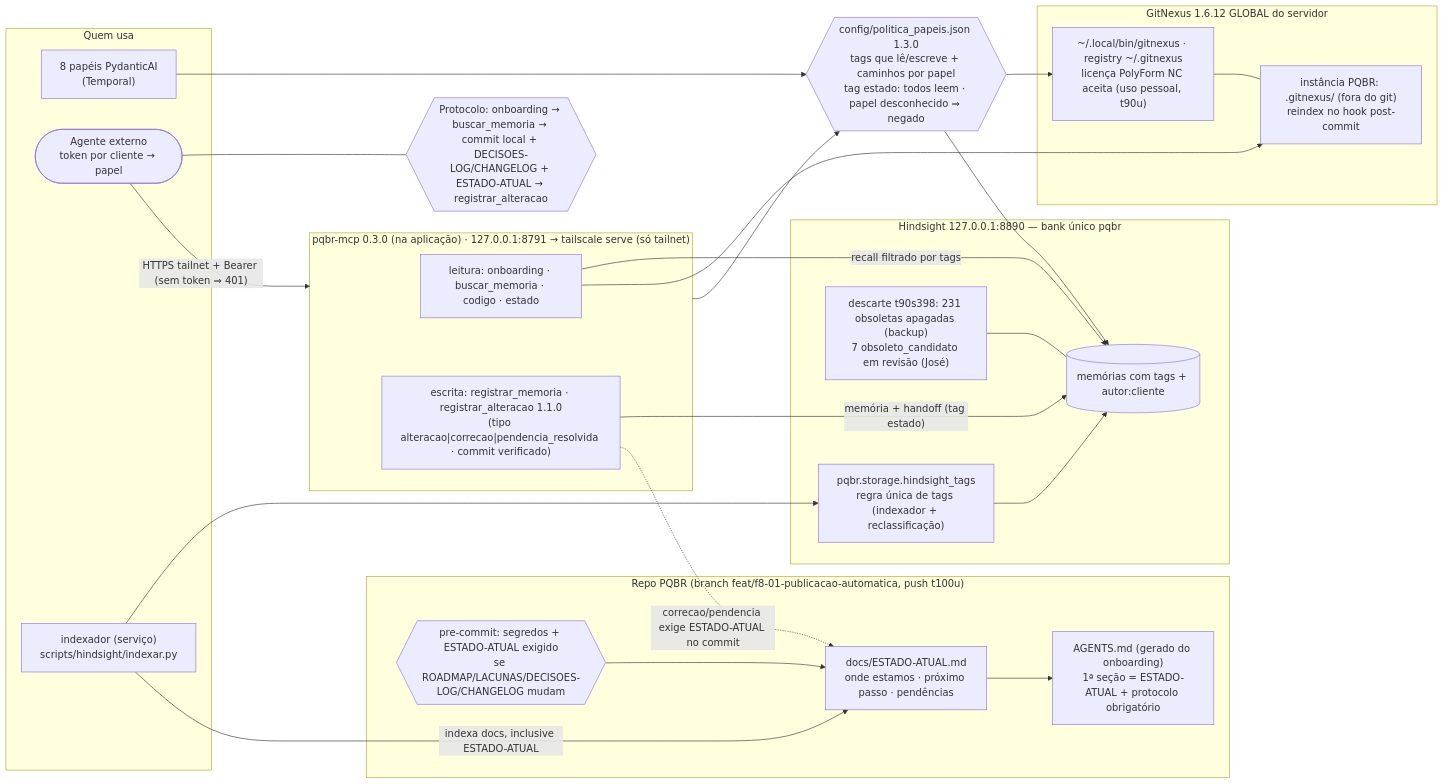
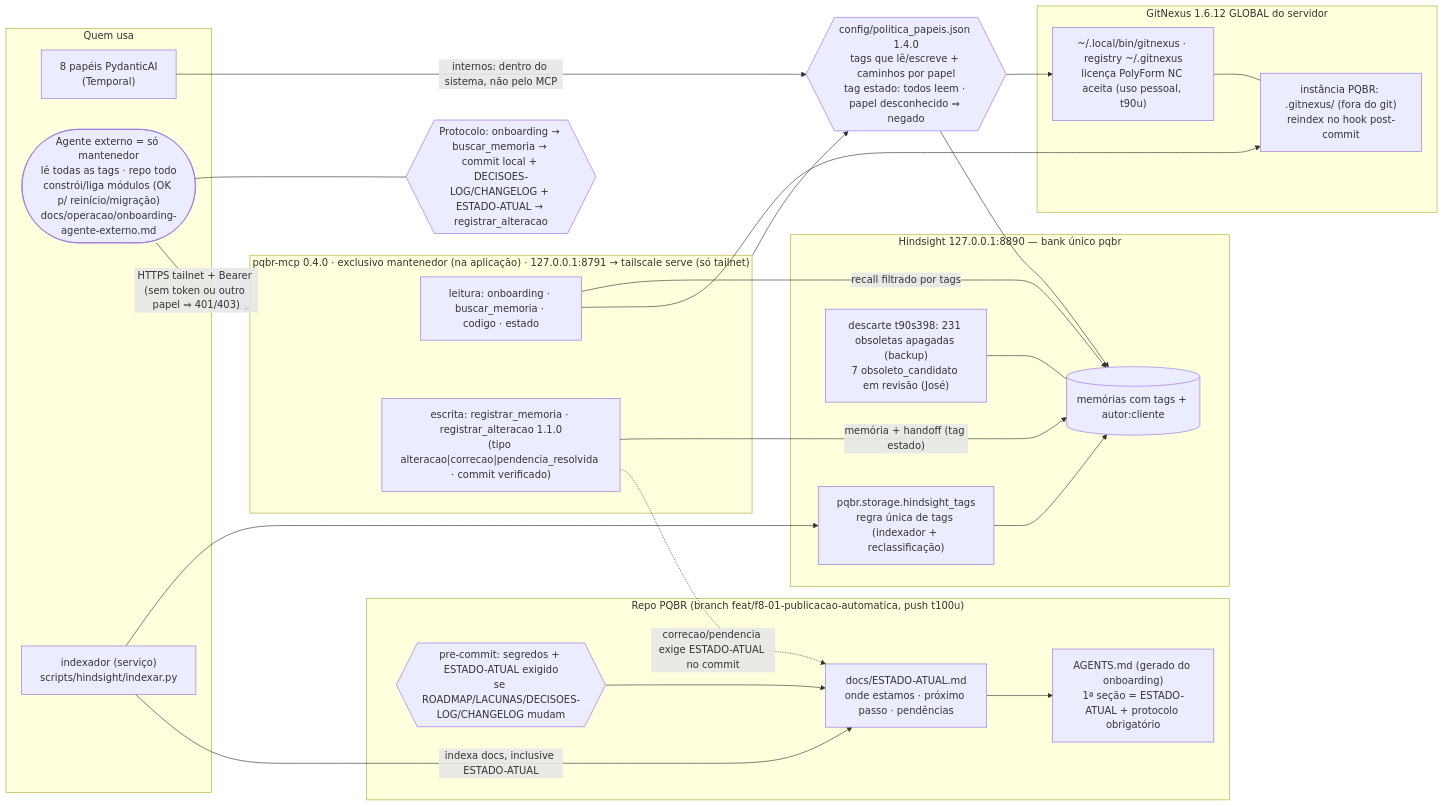
Before and after one commit to jvmendesjr/PQBR: the diagram in docs/mapa/13-memoria-mcp-handoff.mmd, drawn with Mermaid. The commit also changed 13 other files, not shown here.

Commit message:
feat(t112u-t116u): papel mantenedor externo (política 1.4.0), pqbr-mcp 0.4.0 exclusivo do mantenedor, onboarding de agente externo, mapa 13

```diff
--- a/docs/mapa/13-memoria-mcp-handoff.mmd
+++ b/docs/mapa/13-memoria-mcp-handoff.mmd
@@ -1,42 +1,42 @@
-%% Memória, MCP e handoff (t84u–t101u, 26/10/2026). Decisões em DECISOES-LOG; detalhes em ARQUITETURA §12 e docs/ESTADO-ATUAL.md.
+%% Memória, MCP e handoff (t84u–t116u, 26/10/2026). Decisões em DECISOES-LOG; detalhes em ARQUITETURA §12 e docs/ESTADO-ATUAL.md.
 flowchart LR
   subgraph AG["Quem usa"]
     PAP["8 papéis PydanticAI<br/>(Temporal)"]
-    EXT(["Agente externo<br/>token por cliente → papel"])
+    EXT(["Agente externo = só mantenedor<br/>lê todas as tags · repo todo<br/>constrói/liga módulos (OK p/ reinício/migração)<br/>docs/operacao/onboarding-agente-externo.md"])
     IDX["indexador (serviço)<br/>scripts/hindsight/indexar.py"]
   end
-  POL{{"config/politica_papeis.json 1.3.0<br/>tags que lê/escreve + caminhos por papel<br/>tag estado: todos leem · papel desconhecido ⇒ negado"}}
+  POL{{"config/politica_papeis.json 1.4.0<br/>tags que lê/escreve + caminhos por papel<br/>tag estado: todos leem · papel desconhecido ⇒ negado"}}
   subgraph MEM["Hindsight 127.0.0.1:8890 — bank único pqbr"]
     TAGS["pqbr.storage.hindsight_tags<br/>regra única de tags (indexador + reclassificação)"]
     HS[("memórias com tags + autor:cliente")]
     OBS["descarte t90s398: 231 obsoletas apagadas (backup)<br/>7 obsoleto_candidato em revisão (José)"]
   end
   subgraph GN["GitNexus 1.6.12 GLOBAL do servidor"]
     GNX["~/.local/bin/gitnexus · registry ~/.gitnexus<br/>licença PolyForm NC aceita (uso pessoal, t90u)"]
     IDXG["instância PQBR: .gitnexus/ (fora do git)<br/>reindex no hook post-commit"]
   end
-  subgraph MCPS["pqbr-mcp 0.3.0 (na aplicação) · 127.0.0.1:8791 → tailscale serve (só tailnet)"]
+  subgraph MCPS["pqbr-mcp 0.4.0 · exclusivo mantenedor (na aplicação) · 127.0.0.1:8791 → tailscale serve (só tailnet)"]
     LEI["leitura: onboarding · buscar_memoria · codigo · estado"]
     ESC["escrita: registrar_memoria · registrar_alteracao 1.1.0<br/>(tipo alteracao|correcao|pendencia_resolvida · commit verificado)"]
   end
   subgraph REPO["Repo PQBR (branch feat/f8-01-publicacao-automatica, push t100u)"]
     EST["docs/ESTADO-ATUAL.md<br/>onde estamos · próximo passo · pendências"]
     AGM["AGENTS.md (gerado do onboarding)<br/>1ª seção = ESTADO-ATUAL + protocolo obrigatório"]
     HK{{"pre-commit: segredos + ESTADO-ATUAL exigido<br/>se ROADMAP/LACUNAS/DECISOES-LOG/CHANGELOG mudam"}}
   end
-  EXT -->|"HTTPS tailnet + Bearer (sem token ⇒ 401)"| MCPS
+  EXT -->|"HTTPS tailnet + Bearer (sem token ou outro papel ⇒ 401/403)"| MCPS
   MCPS --> POL
-  PAP --> POL
+  PAP -->|"internos: dentro do sistema, não pelo MCP"| POL
   POL --> HS & GNX
   LEI -->|"recall filtrado por tags"| HS
   LEI --> IDXG
   ESC -->|"memória + handoff (tag estado)"| HS
   ESC -. "correcao/pendencia exige ESTADO-ATUAL no commit" .-> EST
   IDX --> TAGS --> HS
   IDX -->|"indexa docs, inclusive ESTADO-ATUAL"| EST
   EST --> AGM
   HK --> EST
   OBS --- HS
   GNX --- IDXG
   P{{"Protocolo: onboarding → buscar_memoria → commit local + DECISOES-LOG/CHANGELOG + ESTADO-ATUAL → registrar_alteracao"}}
   EXT --- P
```
